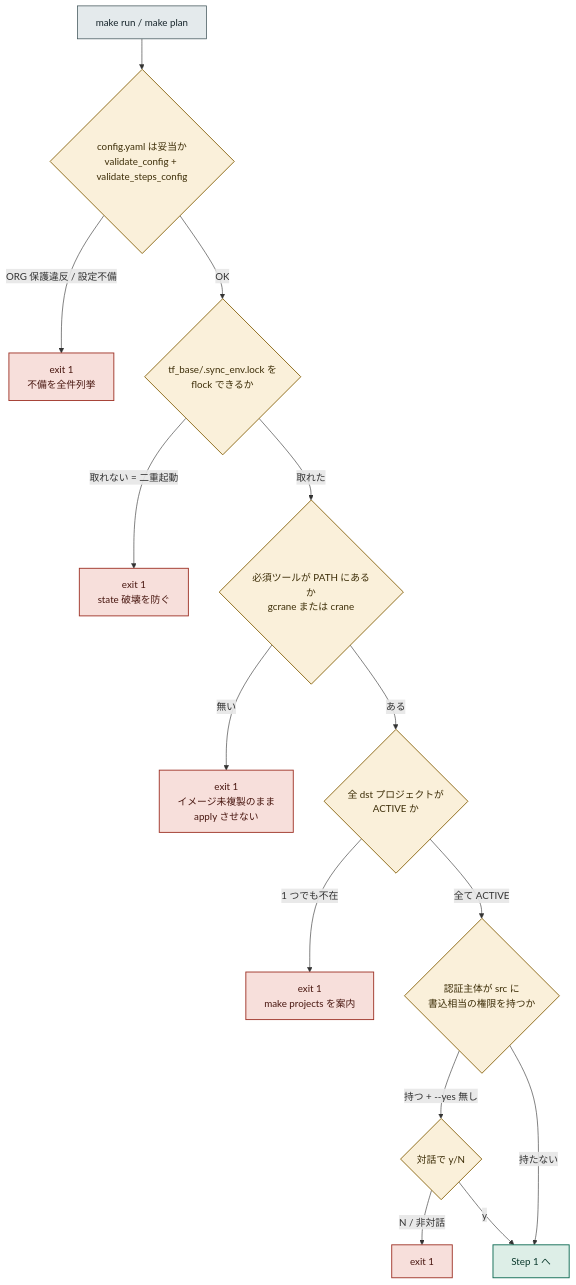
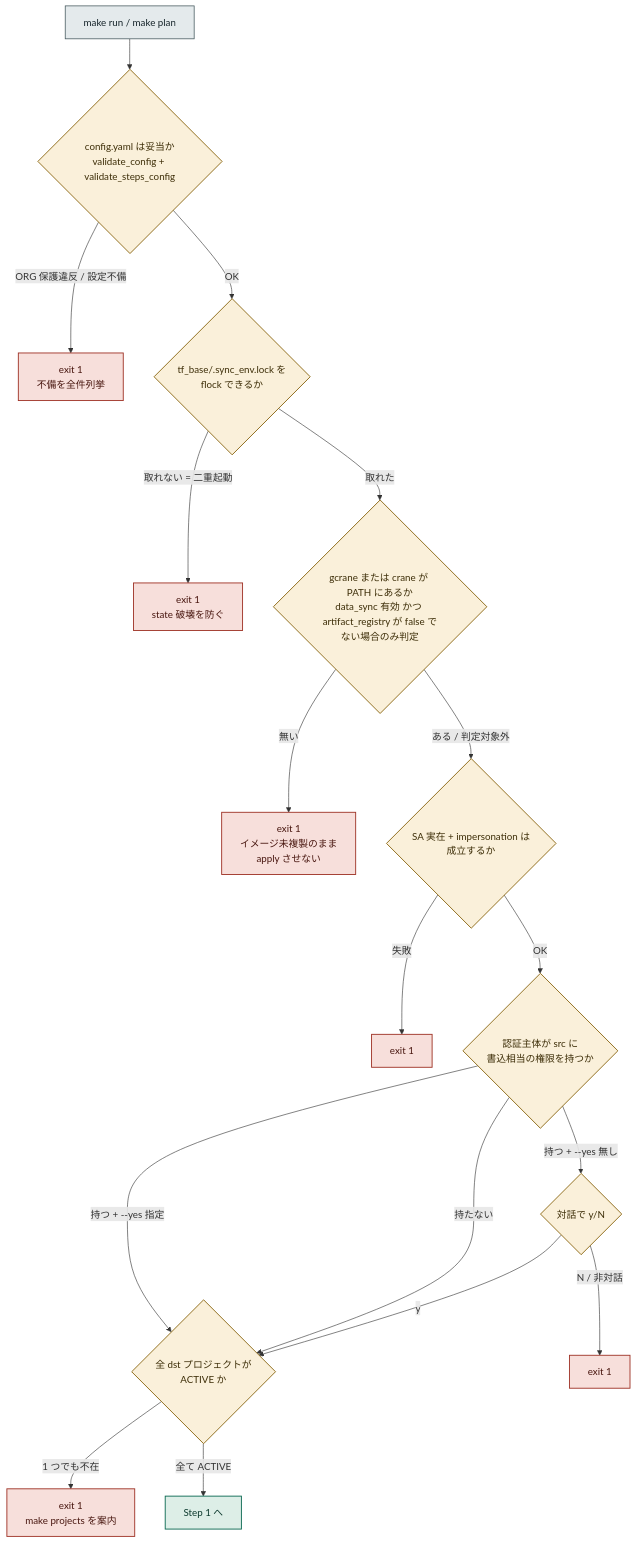
Before and after one commit to shin5ok/gcp-copy-allenv: the second of 6 diagrams in architecture/sync-env-flow.md, drawn with Mermaid. The commit also changed other lines of this file and 3 other files, not shown here.

Commit message:
docs: 実行フロー図を Markdown 一本にし実装との齟齬を修正

````diff
--- a/architecture/sync-env-flow.md
+++ b/architecture/sync-env-flow.md
@@ -69,26 +81,29 @@
 ```mermaid
 %%{init: {"theme":"base","themeVariables":{"fontFamily":"ui-monospace, Menlo, Consolas, 'Hiragino Kaku Gothic ProN', 'Yu Gothic', sans-serif","fontSize":"13px","lineColor":"#7C8D92","textColor":"#16242A","edgeLabelBackground":"#EDF1F1"}}}%%
 flowchart TD
   A["make run / make plan"] --> C1{"config.yaml は妥当か<br/>validate_config + validate_steps_config"}
   C1 -->|"ORG 保護違反 / 設定不備"| H1["exit 1<br/>不備を全件列挙"]
   C1 -->|"OK"| C2{"tf_base/.sync_env.lock を<br/>flock できるか"}
   C2 -->|"取れない = 二重起動"| H2["exit 1<br/>state 破壊を防ぐ"]
-  C2 -->|"取れた"| C3{"必須ツールが PATH にあるか<br/>gcrane または crane"}
+  C2 -->|"取れた"| C3{"gcrane または crane が PATH にあるか<br/>data_sync 有効 かつ artifact_registry が false でない場合のみ判定"}
   C3 -->|"無い"| H3["exit 1<br/>イメージ未複製のまま<br/>apply させない"]
-  C3 -->|"ある"| C4{"全 dst プロジェクトが<br/>ACTIVE か"}
+  C3 -->|"ある / 判定対象外"| C6{"SA 実在 + impersonation は成立するか"}
+  C6 -->|"失敗"| H6["exit 1"]
+  C6 -->|"OK"| C5{"認証主体が src に<br/>書込相当の権限を持つか"}
+  C5 -->|"持つ + --yes 無し"| Q{"対話で y/N"}
+  C5 -->|"持つ + --yes 指定"| C4{"全 dst プロジェクトが<br/>ACTIVE か"}
+  C5 -->|"持たない"| C4
+  Q -->|"N / 非対話"| H5["exit 1"]
+  Q -->|"y"| C4
   C4 -->|"1 つでも不在"| H4["exit 1<br/>make projects を案内"]
-  C4 -->|"全て ACTIVE"| C5{"認証主体が src に<br/>書込相当の権限を持つか"}
-  C5 -->|"持つ + --yes 無し"| Q{"対話で y/N"}
-  C5 -->|"持たない"| GO["Step 1 へ"]
-  Q -->|"N / 非対話"| H5["exit 1"]
-  Q -->|"y"| GO
+  C4 -->|"全て ACTIVE"| GO["Step 1 へ"]
 
   classDef gate fill:#FAF0DA,stroke:#8A6612,stroke-width:1.5px,color:#3D2E08;
   classDef halt fill:#F7DFDB,stroke:#9F3428,stroke-width:1.5px,color:#48160F;
   classDef pass fill:#DDEEE7,stroke:#0D6A53,stroke-width:1.5px,color:#0A382C;
   classDef step fill:#E4EAEC,stroke:#3E5257,stroke-width:1.2px,color:#16242A;
-  class C1,C2,C3,C4,C5,Q gate;
-  class H1,H2,H3,H4,H5 halt;
+  class C1,C2,C3,C4,C5,C6,Q gate;
+  class H1,H2,H3,H4,H5,H6 halt;
   class GO pass;
   class A step;
 ```
````
